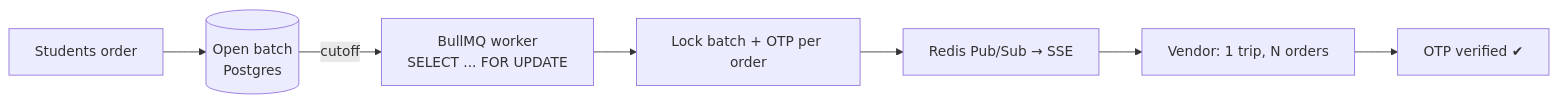
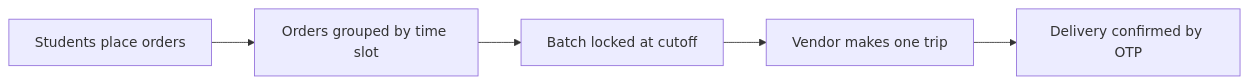
One commit to krotrn/krotrn changed the diagram in README.md. Above: the diagram before and after it, drawn with Mermaid. The commit also changed other lines of this file, not shown here.

````diff
--- a/README.md
+++ b/README.md
@@ -36,9 +38,7 @@
 ```mermaid
 flowchart LR
-    S[Students order] --> B[(Open batch<br/>Postgres)]
-    B -- cutoff --> W[BullMQ worker<br/>SELECT ... FOR UPDATE]
-    W --> O[Lock batch + OTP per order]
-    O --> N[Redis Pub/Sub → SSE]
-    N --> V[Vendor: 1 trip, N orders]
-    V --> D[OTP verified ✔]
+    A[Students place orders] --> B[Orders grouped by time slot]
+    B --> C[Batch locked at cutoff]
+    C --> D[Vendor makes one trip]
+    D --> E[Delivery confirmed by OTP]
 ```
````
